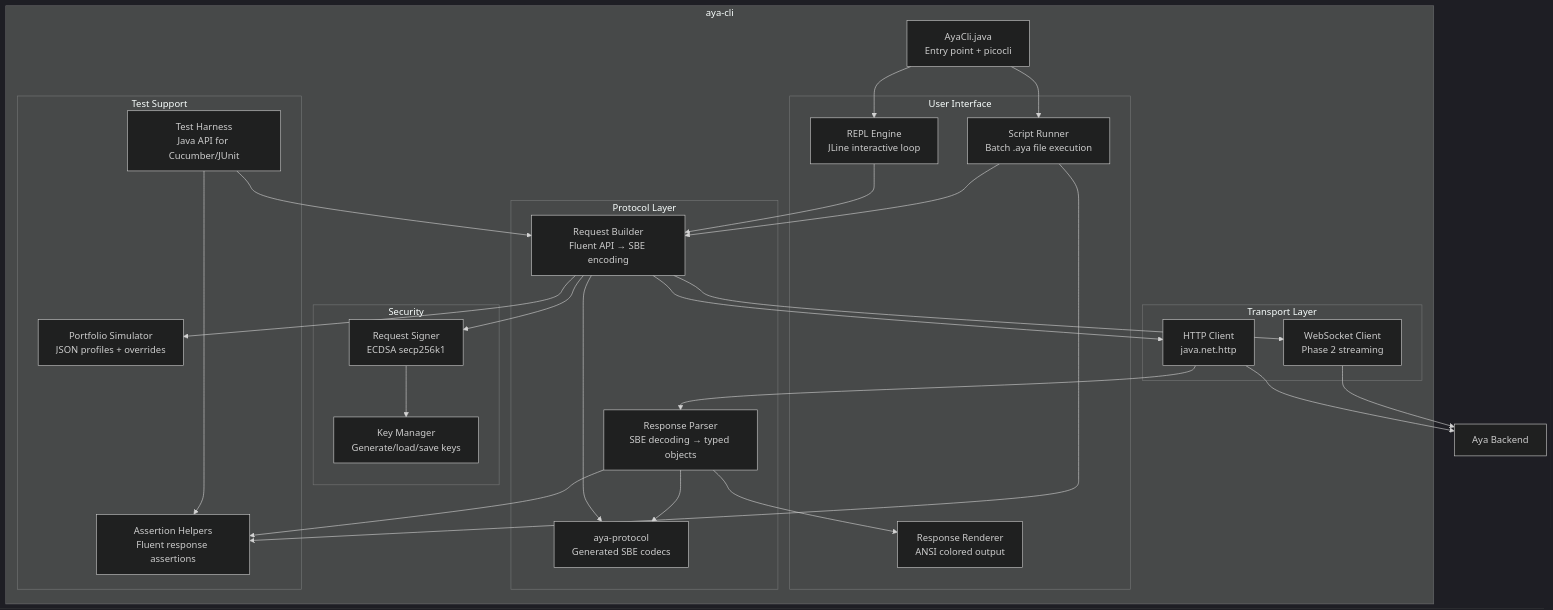
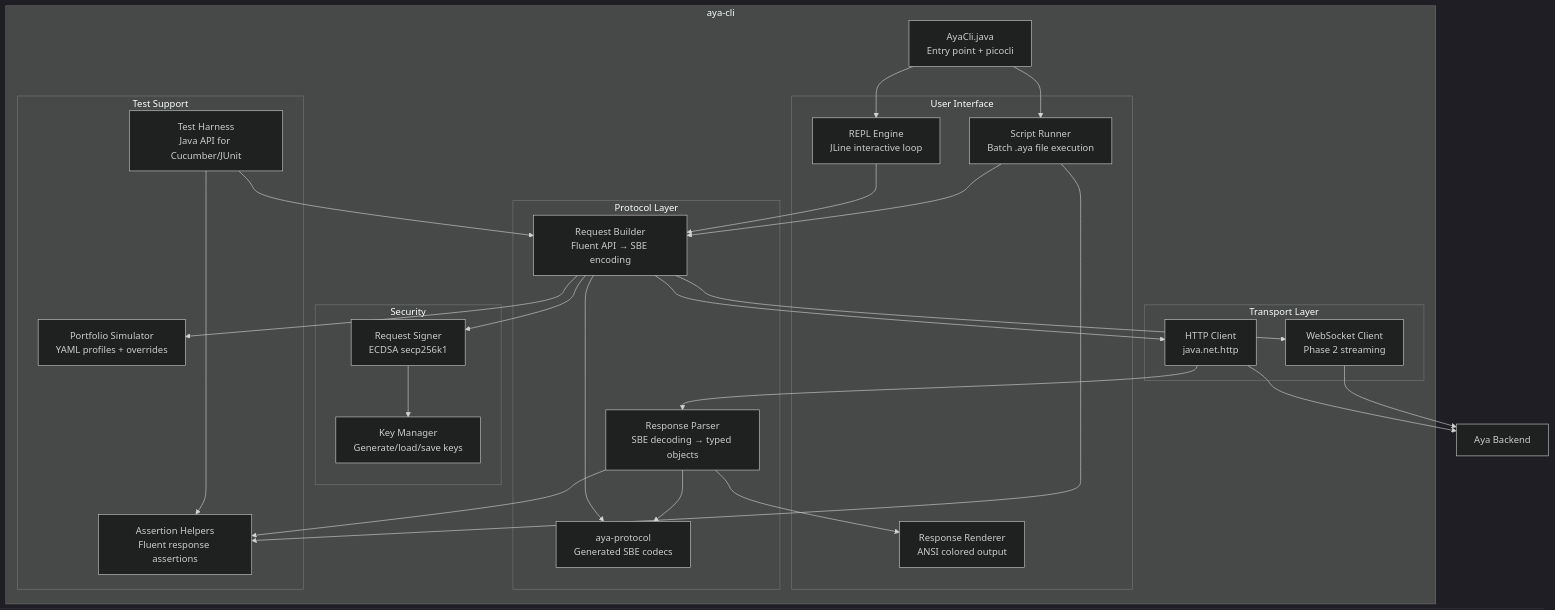
The second of 6 diagrams in CLI_CLIENT_ARCHITECTURE.md (klodio/aya-mobile-assistant), drawn with Mermaid (dark theme) before and after one commit. The commit also changed 17 other files, not shown here.

Commit message:
Made the design more explicit regarding adding defi protocols via the integration of aya-index. Updated the diagrams in consequence.

````diff
--- a/CLI_CLIENT_ARCHITECTURE.md
+++ b/CLI_CLIENT_ARCHITECTURE.md
@@ -29,54 +29,54 @@
 ```mermaid
 graph TB
     subgraph "aya-cli"
         ENTRY[AyaCli.java<br/>Entry point + picocli]
 
         subgraph "User Interface"
             REPL[REPL Engine<br/>JLine interactive loop]
             SCRIPT[Script Runner<br/>Batch .aya file execution]
             RENDER[Response Renderer<br/>ANSI colored output]
         end
 
         subgraph "Protocol Layer"
             BUILDER[Request Builder<br/>Fluent API → SBE encoding]
             PARSER[Response Parser<br/>SBE decoding → typed objects]
             CODEC[aya-protocol<br/>Generated SBE codecs]
         end
 
         subgraph "Transport Layer"
             HTTP[HTTP Client<br/>java.net.http]
             WS[WebSocket Client<br/>Phase 2 streaming]
         end
 
         subgraph "Security"
             KEYMGR[Key Manager<br/>Generate/load/save keys]
             SIGNER[Request Signer<br/>ECDSA secp256k1]
         end
 
         subgraph "Test Support"
-            PORTFOLIO[Portfolio Simulator<br/>JSON profiles + overrides]
+            PORTFOLIO[Portfolio Simulator<br/>YAML profiles + overrides]
             HARNESS[Test Harness<br/>Java API for Cucumber/JUnit]
             ASSERT[Assertion Helpers<br/>Fluent response assertions]
         end
     end
 
     ENTRY --> REPL
     ENTRY --> SCRIPT
     REPL --> BUILDER
     SCRIPT --> BUILDER
     HARNESS --> BUILDER
     BUILDER --> SIGNER
     BUILDER --> CODEC
     SIGNER --> KEYMGR
     BUILDER --> PORTFOLIO
     BUILDER --> HTTP
     BUILDER --> WS
     HTTP --> BACKEND[Aya Backend]
     WS --> BACKEND
     HTTP --> PARSER
     PARSER --> CODEC
     PARSER --> RENDER
     PARSER --> ASSERT
     HARNESS --> ASSERT
     SCRIPT --> ASSERT
 ```
````
